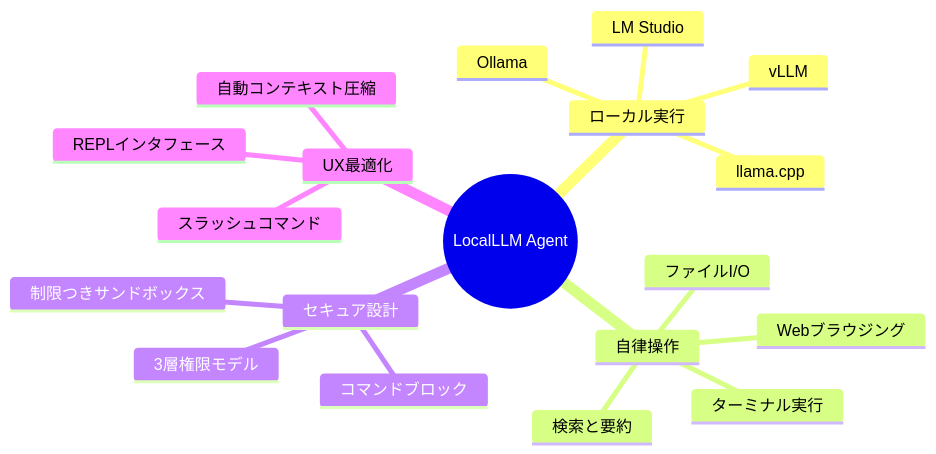
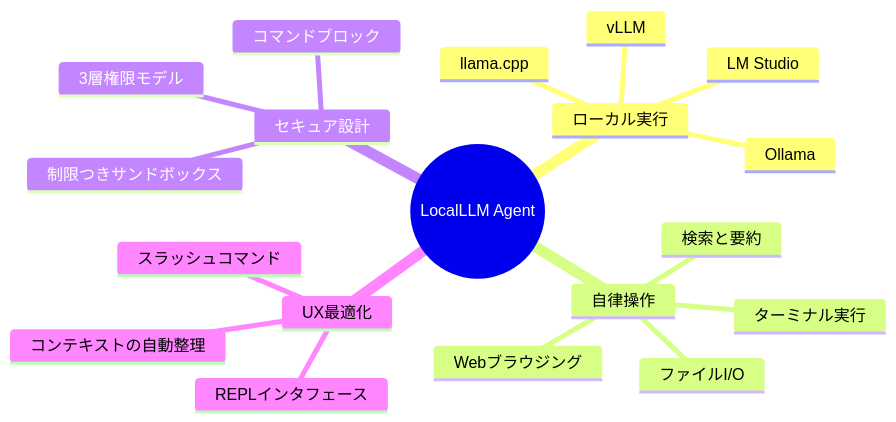
Before and after one commit to t2k2pp/lllmAgents: the first of 5 diagrams in docs/external_design.md, drawn with Mermaid. The commit also changed other lines of this file and 12 other files, not shown here.

````diff
--- a/docs/external_design.md
+++ b/docs/external_design.md
@@ -16,22 +16,22 @@
 ```mermaid
 mindmap
   root((LocalLLM Agent))
     ローカル実行
       Ollama
       LM Studio
       llama.cpp
       vLLM
     自律操作
       ファイルI/O
       ターミナル実行
       Webブラウジング
       検索と要約
     セキュア設計
       3層権限モデル
       コマンドブロック
       制限つきサンドボックス
     UX最適化
       REPLインタフェース
       スラッシュコマンド
-      自動コンテキスト圧縮
+      コンテキストの自動整理
 ```
````
